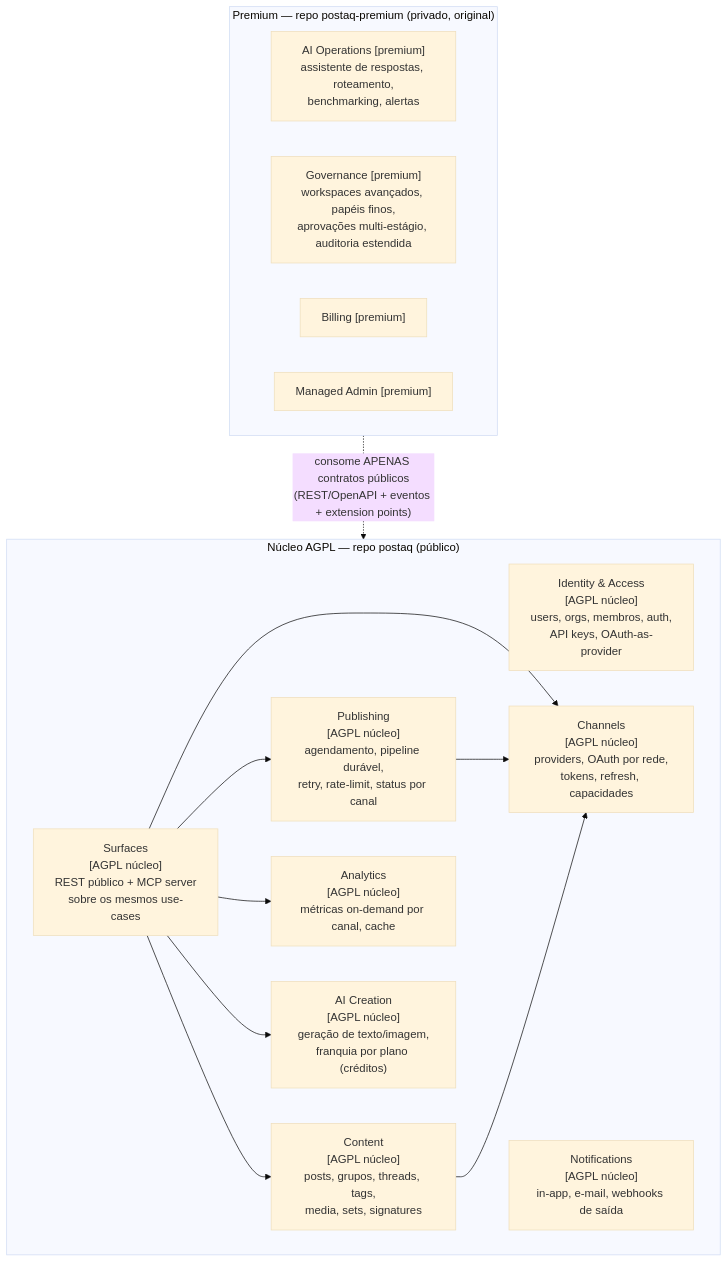
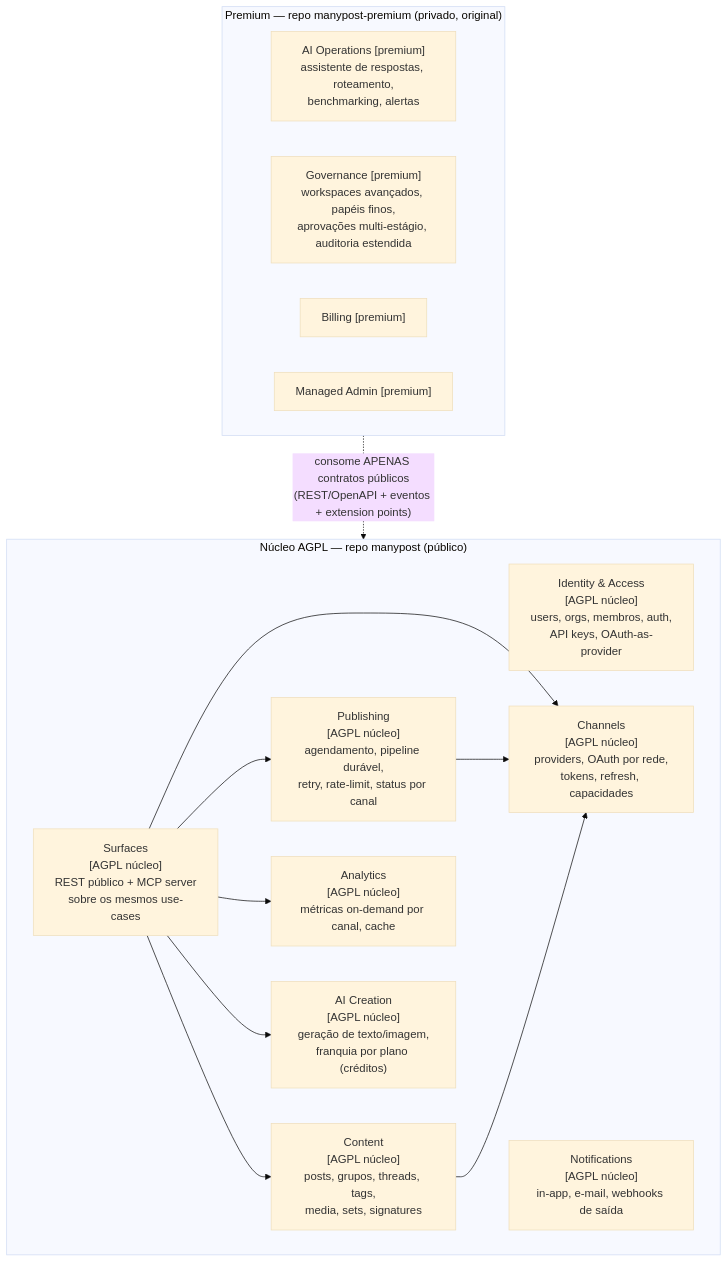
The first of 2 diagrams in docs/specs/SPEC_ARCHITECTURE.md (manypost/manypost-app), drawn with Mermaid (base theme) before and after one commit. The commit also changed other lines of this file and 37 other files, not shown here.

First line of the commit message:
docs: rename postaq->manypost, brand system oficial, planos e adendo DECISIONS v1.1

````diff
--- a/docs/specs/SPEC_ARCHITECTURE.md
+++ b/docs/specs/SPEC_ARCHITECTURE.md
@@ -24,23 +24,23 @@
 ```mermaid
 flowchart TB
-    subgraph AGPL["Núcleo AGPL — repo postaq (público)"]
+    subgraph AGPL["Núcleo AGPL — repo manypost (público)"]
         IDENT["Identity & Access<br/>[AGPL núcleo]<br/>users, orgs, membros, auth,<br/>API keys, OAuth-as-provider"]
         CHAN["Channels<br/>[AGPL núcleo]<br/>providers, OAuth por rede,<br/>tokens, refresh, capacidades"]
         CONT["Content<br/>[AGPL núcleo]<br/>posts, grupos, threads, tags,<br/>media, sets, signatures"]
         PUB["Publishing<br/>[AGPL núcleo]<br/>agendamento, pipeline durável,<br/>retry, rate-limit, status por canal"]
         ANA["Analytics<br/>[AGPL núcleo]<br/>métricas on-demand por canal, cache"]
         AICORE["AI Creation<br/>[AGPL núcleo]<br/>geração de texto/imagem,<br/>franquia por plano (créditos)"]
         SURF["Surfaces<br/>[AGPL núcleo]<br/>REST público + MCP server<br/>sobre os mesmos use-cases"]
         NOTIF["Notifications<br/>[AGPL núcleo]<br/>in-app, e-mail, webhooks de saída"]
     end
-    subgraph PREM["Premium — repo postaq-premium (privado, original)"]
+    subgraph PREM["Premium — repo manypost-premium (privado, original)"]
         AIOPS["AI Operations [premium]<br/>assistente de respostas, roteamento,<br/>benchmarking, alertas"]
         GOV["Governance [premium]<br/>workspaces avançados, papéis finos,<br/>aprovações multi-estágio, auditoria estendida"]
         BILL["Billing [premium]"]
         ADMIN["Managed Admin [premium]"]
     end
     SURF --> CONT & PUB & CHAN & ANA & AICORE
     PUB --> CHAN
     CONT --> CHAN
     PREM -. "consome APENAS contratos públicos<br/>(REST/OpenAPI + eventos + extension points)" .-> AGPL
 ```
````
